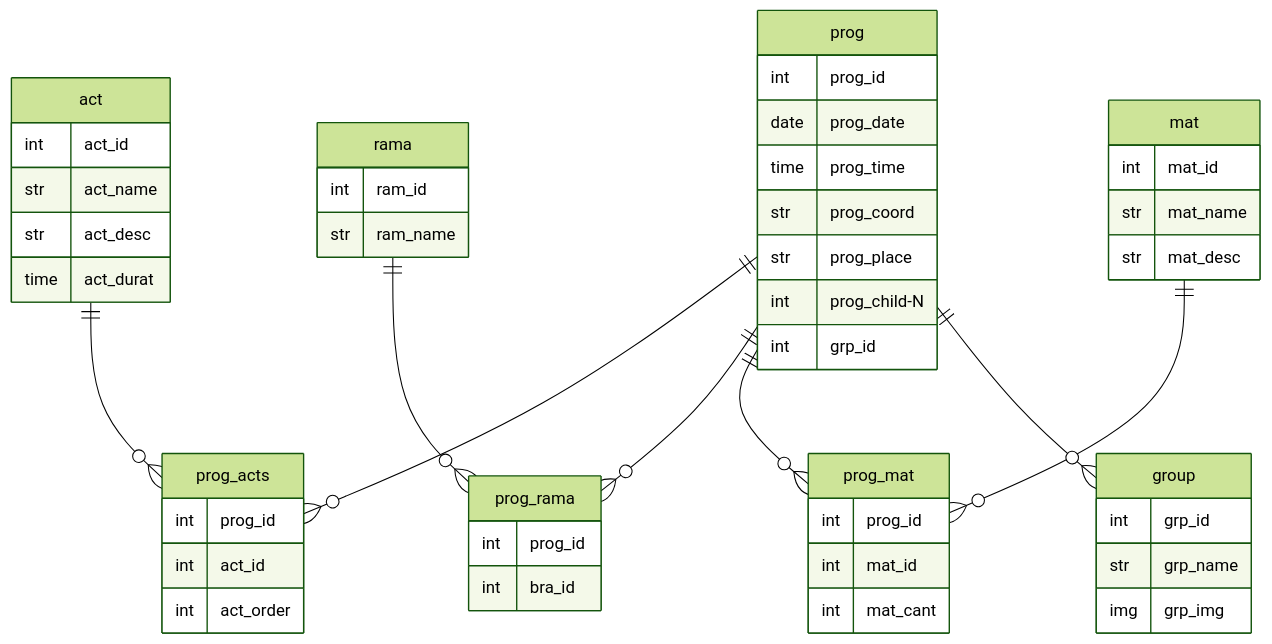
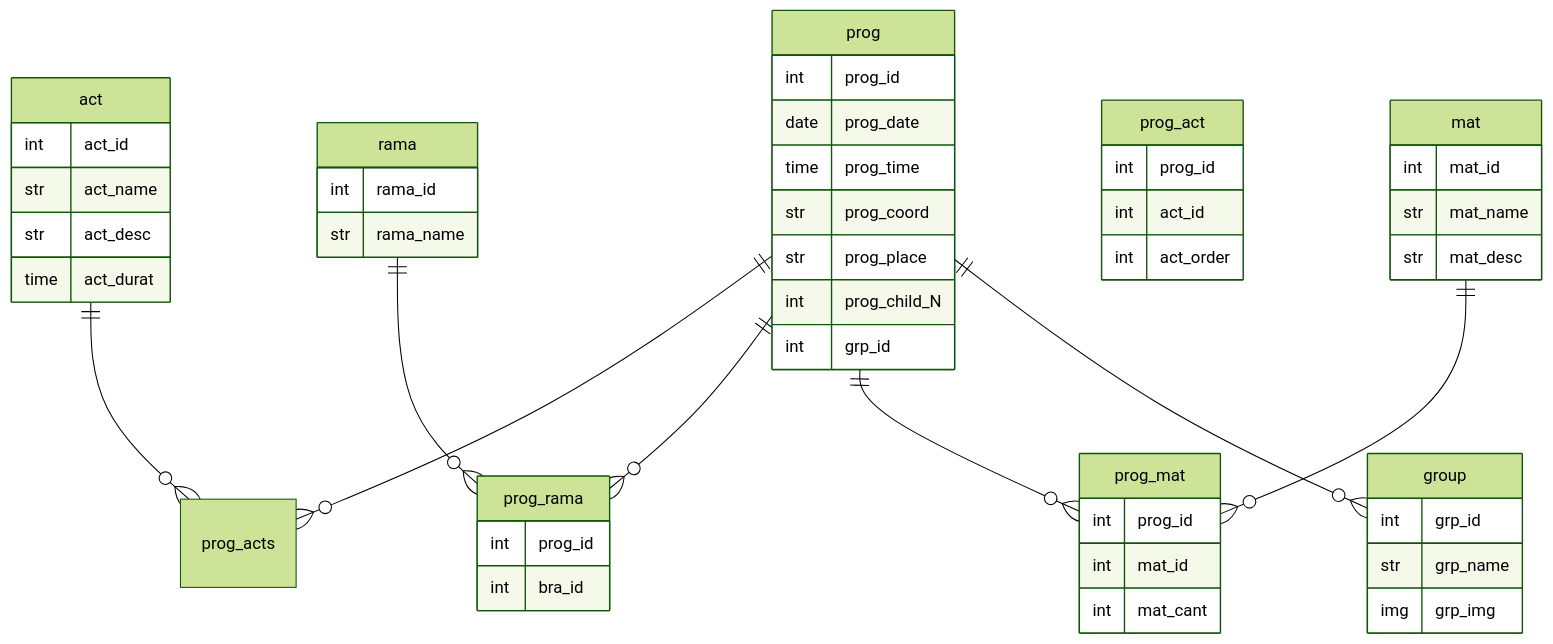
The third of 3 diagrams in .md/2.db.md (Covija97/badentracker), drawn with Mermaid (forest theme) before and after one commit. The commit also changed 2 other files, not shown here.

Commit message:
Refactor database schema in 2.db.md and update index.php for new activity form

````diff
--- a/.md/2.db.md
+++ b/.md/2.db.md
@@ -162,62 +162,62 @@
 ```mermaid
 erDiagram
 
     act {
         int act_id
         str act_name
         str act_desc
         time act_durat
     }
 
     rama {
-        int ram_id
-        str ram_name
+        int rama_id
+        str rama_name
     }
 
     mat {
         int mat_id
         str mat_name
         str mat_desc    
     }
 
-    prog_acts {
+    prog_act {
         int prog_id
         int act_id
         int act_order
     }
 
     prog_rama {
         int prog_id
         int bra_id
     }
 
     prog_mat {
         int prog_id
         int mat_id
         int mat_cant
     }
 
     group {
         int grp_id
         str grp_name
         img grp_img
     }
 
     prog {
         int prog_id
         date prog_date
         time prog_time
         str prog_coord
         str prog_place
-        int prog_child-N
+        int prog_child_N
         int grp_id
     }
 
     prog ||--o{ prog_acts : ""
     act ||--o{ prog_acts : ""
     rama ||--o{ prog_rama : ""
     prog ||--o{ prog_rama : ""
     mat ||--o{ prog_mat : ""
     prog ||--o{ prog_mat : ""
     prog ||--o{ group : ""
 ```
````
